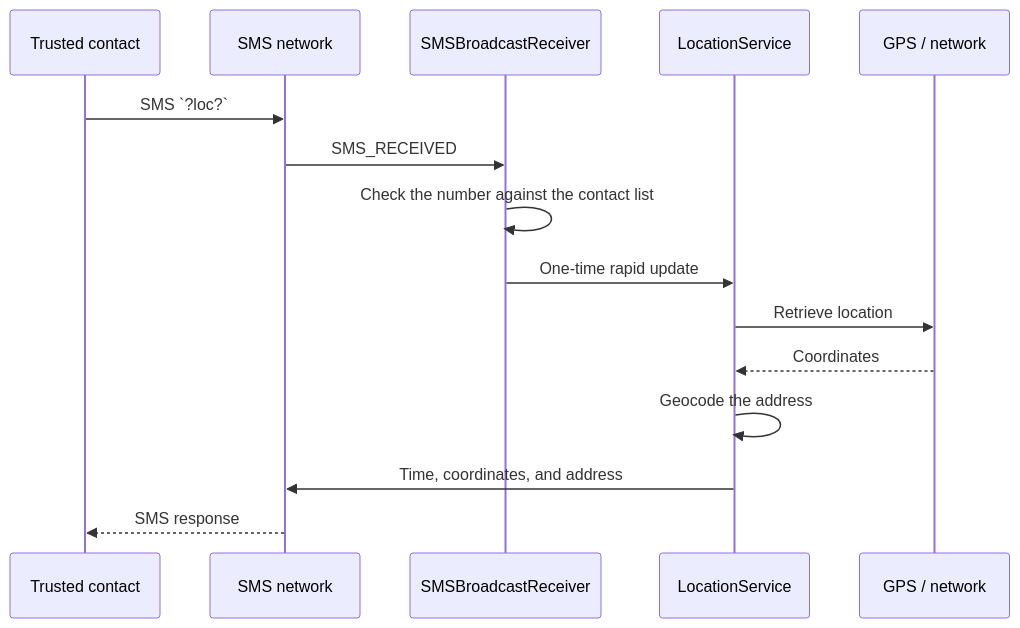
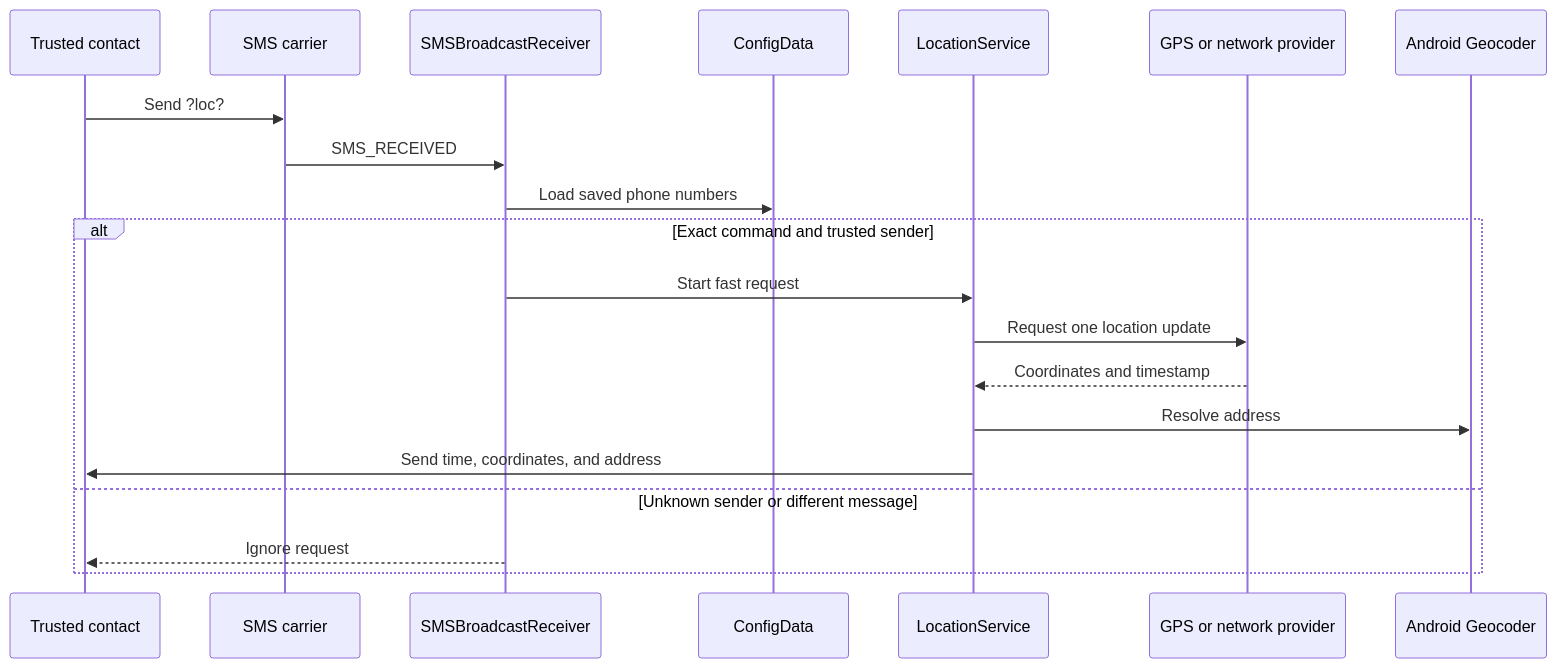
The diagram in README.md (marek-czelen/FamilySonar), drawn with Mermaid before and after one commit. The commit also changed other lines of this file, not shown here.

````diff
--- a/README.md
+++ b/README.md
@@ -58,18 +68,23 @@
 ```mermaid
 sequenceDiagram
     participant Contact as Trusted contact
-    participant SMS as SMS network
+    participant Carrier as SMS carrier
     participant Receiver as SMSBroadcastReceiver
+    participant Storage as ConfigData
     participant Service as LocationService
-    participant Device as GPS / network
+    participant Device as GPS or network provider
+    participant Geocoder as Android Geocoder
 
-    Contact->>SMS: SMS `?loc?`
-    SMS->>Receiver: SMS_RECEIVED
-    Receiver->>Receiver: Check the number against the contact list
-    Receiver->>Service: One-time rapid update
-    Service->>Device: Retrieve location
-    Device-->>Service: Coordinates
-    Service->>Service: Geocode the address
-    Service->>SMS: Time, coordinates, and address
-    SMS-->>Contact: SMS response
+    Contact->>Carrier: Send ?loc?
+    Carrier->>Receiver: SMS_RECEIVED
+    Receiver->>Storage: Load saved phone numbers
+    alt Exact command and trusted sender
+        Receiver->>Service: Start fast request
+        Service->>Device: Request one location update
+        Device-->>Service: Coordinates and timestamp
+        Service->>Geocoder: Resolve address
+        Service->>Contact: Send time, coordinates, and address
+    else Unknown sender or different message
+        Receiver-->>Contact: Ignore request
+    end
 ```
````
